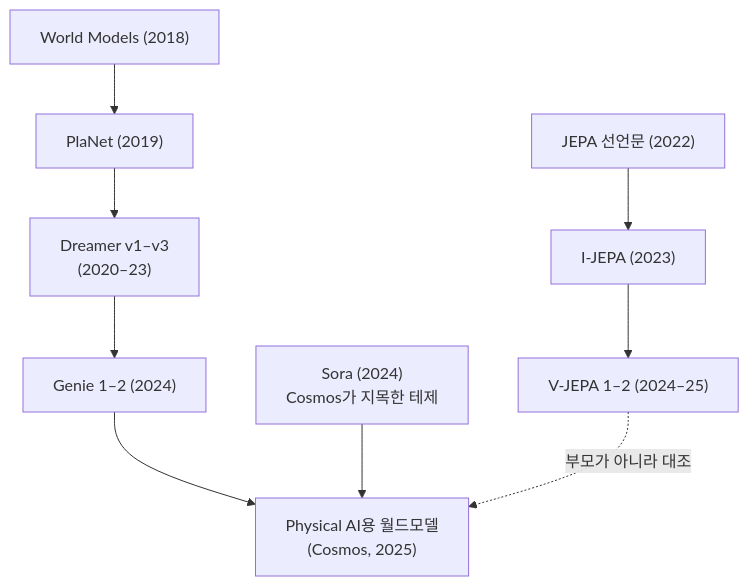
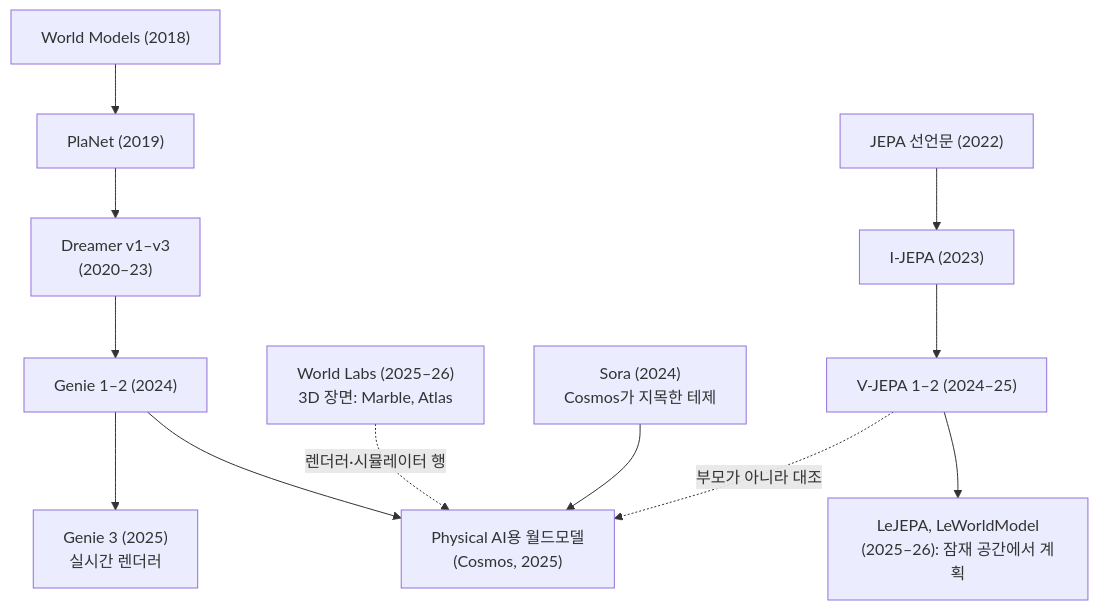
Diagram 12 of 12 in content/03-deep-learning/lineage.md (jiseop-byeon/phd-wiki), drawn with Mermaid before and after one commit. The commit also changed other lines of this file and 14 other files, not shown here.

First line of the commit message:
Sort world models into renderers, simulators and planners, and bring JEPA and Genie up to 2026

````diff
--- a/content/03-deep-learning/lineage.md
+++ b/content/03-deep-learning/lineage.md
@@ -216,11 +219,14 @@
 ```mermaid
 graph TD
     WM["World Models (2018)"] --> PlaNet["PlaNet (2019)"]
     PlaNet --> Dreamer["Dreamer v1–v3<br/>(2020–23)"]
     JEPA["JEPA 선언문 (2022)"] --> IJEPA["I-JEPA (2023)"]
     IJEPA --> VJEPA["V-JEPA 1–2 (2024–25)"]
+    VJEPA --> LeWM["LeJEPA, LeWorldModel<br/>(2025–26): 잠재 공간에서 계획"]
     Dreamer --> Genie["Genie 1–2 (2024)"]
     Genie --> PhysAI["Physical AI용 월드모델<br/>(Cosmos, 2025)"]
+    Genie --> Genie3["Genie 3 (2025)<br/>실시간 렌더러"]
+    WL["World Labs (2025–26)<br/>3D 장면: Marble, Atlas"] -. "렌더러·시뮬레이터 행" .-> PhysAI
     Sora["Sora (2024)<br/>Cosmos가 지목한 테제"] --> PhysAI
     VJEPA -. "부모가 아니라 대조" .-> PhysAI
 ```
````
